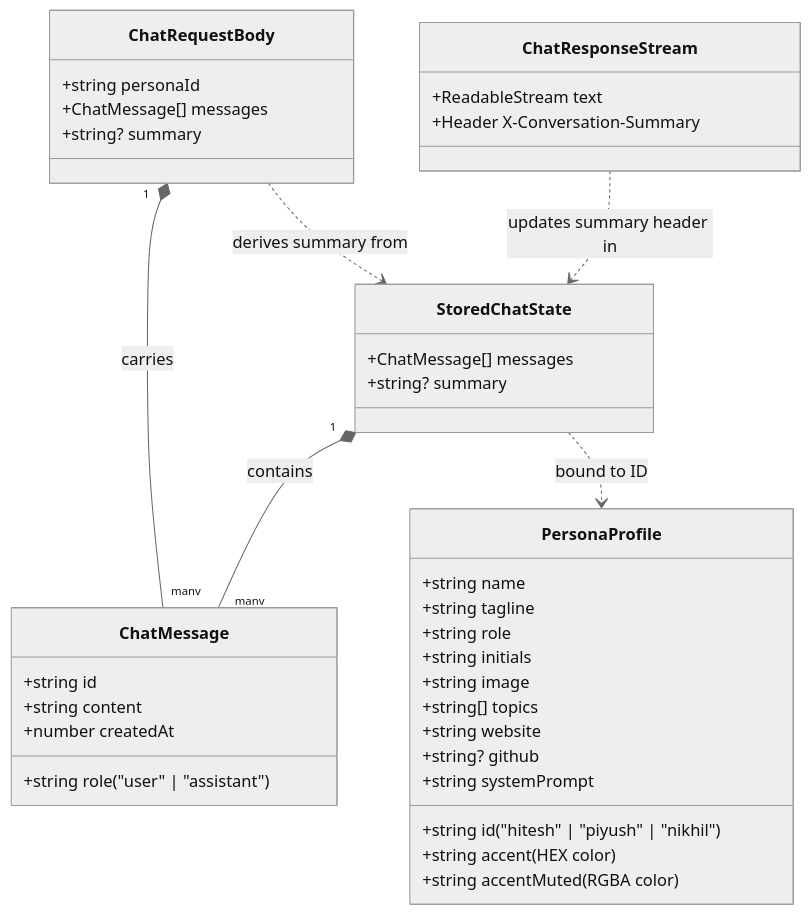
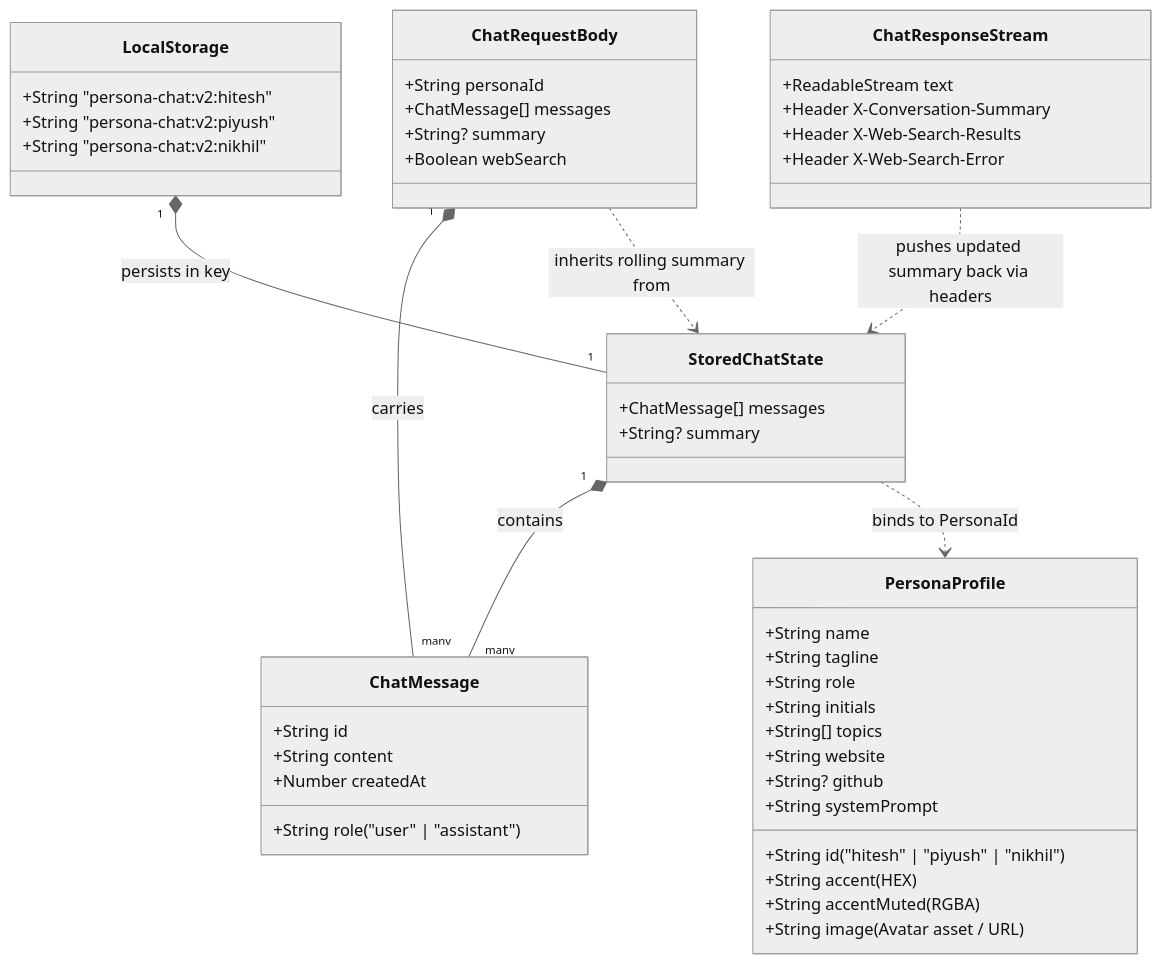
One commit to sharmadipalidev/Persona changed the second of 2 diagrams in README.md. Above: the diagram before and after it, drawn with Mermaid (neutral theme). The commit also changed other lines of this file, not shown here.

Commit message:
docs: update README with detailed sequence diagrams, schema definitions, and comprehensive file structure documentation

````diff
--- a/README.md
+++ b/README.md
@@ -16,47 +66,57 @@
 ```mermaid
 classDiagram
+    class LocalStorage {
+        +String "persona-chat:v2:hitesh"
+        +String "persona-chat:v2:piyush"
+        +String "persona-chat:v2:nikhil"
+    }
+
     class StoredChatState {
         +ChatMessage[] messages
-        +string? summary
+        +String? summary
     }
 
     class ChatMessage {
-        +string id
-        +string role ("user" | "assistant")
-        +string content
-        +number createdAt
+        +String id
+        +String role ("user" | "assistant")
+        +String content
+        +Number createdAt
     }
 
     class PersonaProfile {
-        +string id ("hitesh" | "piyush" | "nikhil")
-        +string name
-        +string tagline
-        +string role
-        +string accent (HEX color)
-        +string accentMuted (RGBA color)
-        +string initials
-        +string image
-        +string[] topics
-        +string website
-        +string? github
-        +string systemPrompt
+        +String id ("hitesh" | "piyush" | "nikhil")
+        +String name
+        +String tagline
+        +String role
+        +String accent (HEX)
+        +String accentMuted (RGBA)
+        +String initials
+        +String image (Avatar asset / URL)
+        +String[] topics
+        +String website
+        +String? github
+        +String systemPrompt
     }
 
     class ChatRequestBody {
-        +string personaId
+        +String personaId
         +ChatMessage[] messages
-        +string? summary
+        +String? summary
+        +Boolean webSearch
     }
 
     class ChatResponseStream {
         +ReadableStream text
         +Header X-Conversation-Summary
+        +Header X-Web-Search-Results
+        +Header X-Web-Search-Error
     }
 
-    %% Relationships and storage
+    %% Relationships and storage mapping
+    LocalStorage "1" *-- "1" StoredChatState : persists in key
     StoredChatState "1" *-- "many" ChatMessage : contains
-    StoredChatState ..> PersonaProfile : bound to ID
+    StoredChatState ..> PersonaProfile : binds to PersonaId
     ChatRequestBody "1" *-- "many" ChatMessage : carries
-    ChatRequestBody ..> StoredChatState : derives summary from
-    ChatResponseStream ..> StoredChatState : updates summary header in
+    ChatRequestBody ..> StoredChatState : inherits rolling summary from
+    ChatResponseStream ..> StoredChatState : pushes updated summary back via headers
 ```
````
